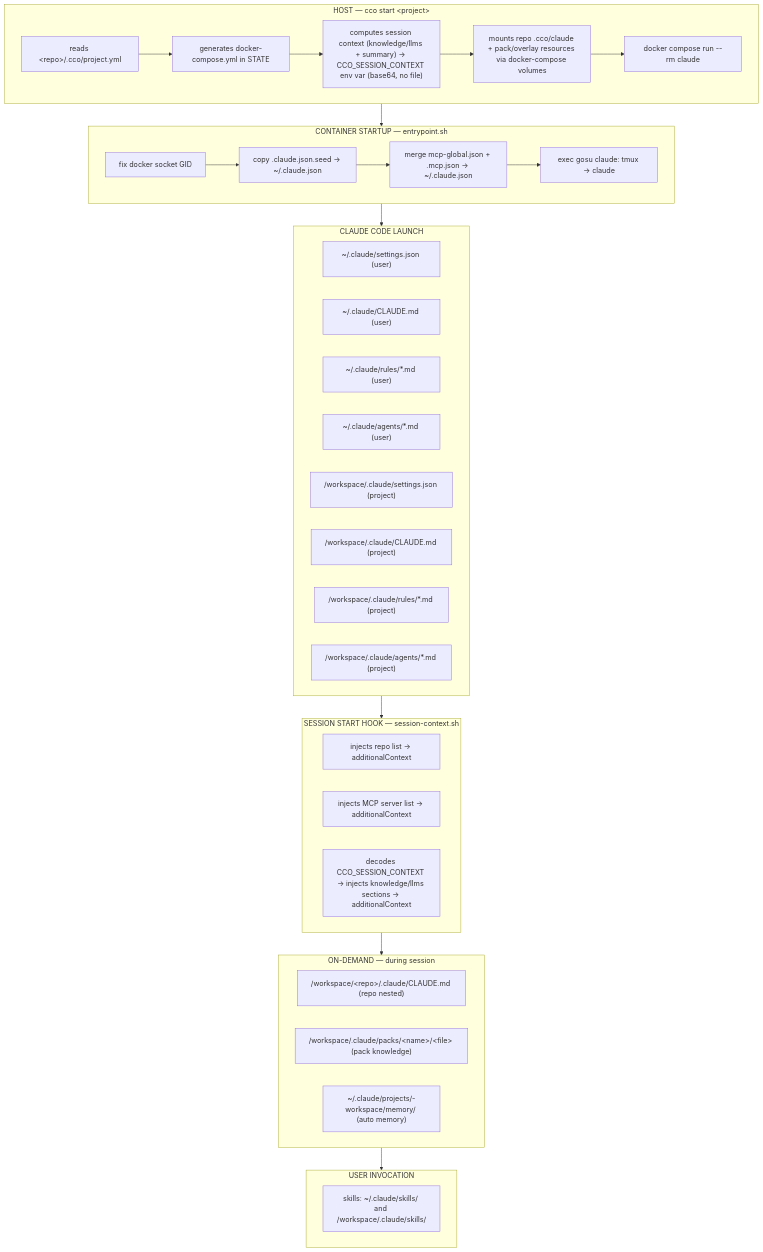
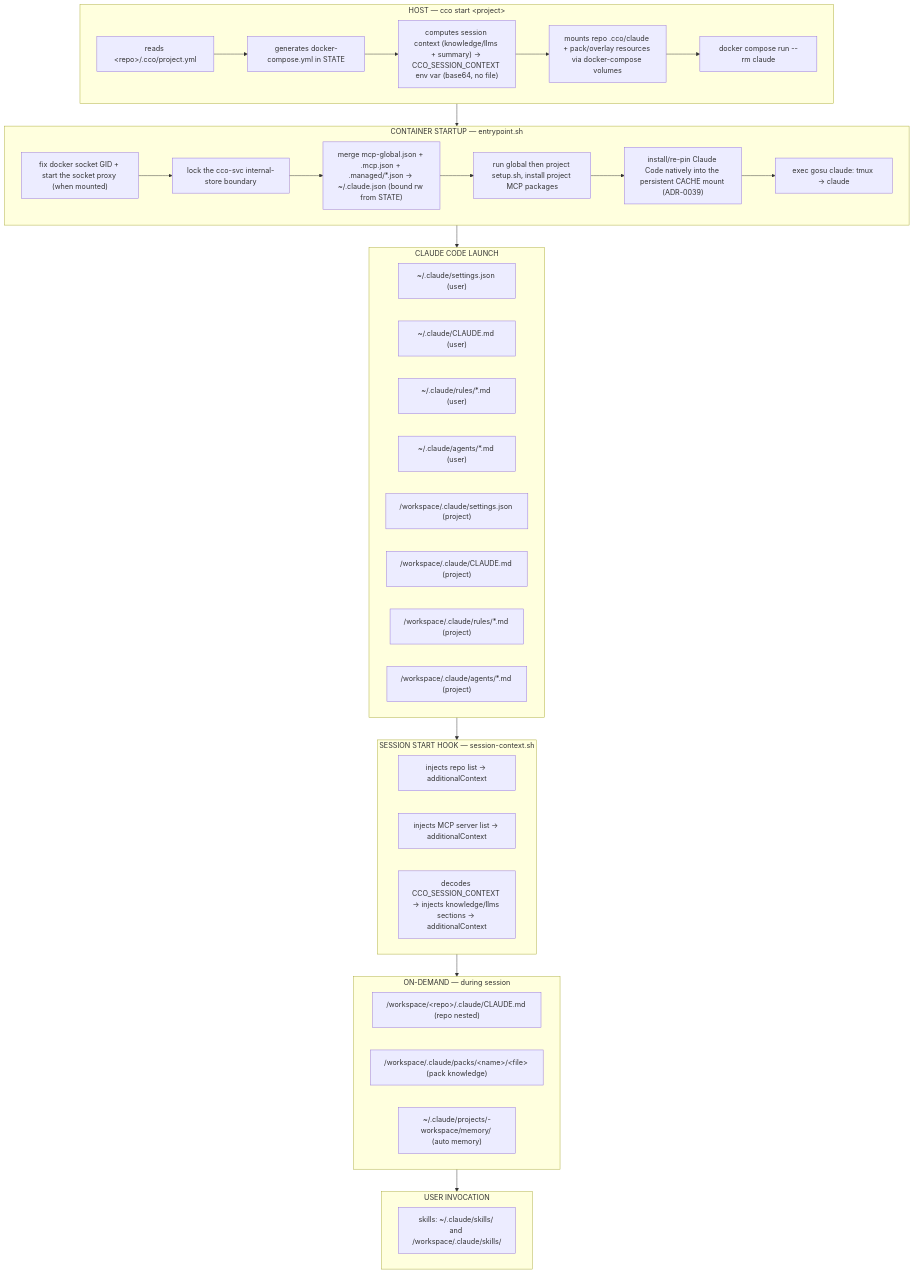
The diagram in docs/users/foundation/reference/context-hierarchy.md (alergyonthestage/claude-orchestrator), drawn with Mermaid before and after one commit. The commit also changed other lines of this file and 7 other files, not shown here.

````diff
--- a/docs/users/foundation/reference/context-hierarchy.md
+++ b/docs/users/foundation/reference/context-hierarchy.md
@@ -744,48 +672,50 @@
 ```mermaid
 graph TD
     subgraph HOST ["HOST — cco start &lt;project&gt;"]
         H1["reads &lt;repo&gt;/.cco/project.yml"]
         H2["generates docker-compose.yml in STATE"]
         H3["computes session context (knowledge/llms + summary) → CCO_SESSION_CONTEXT env var (base64, no file)"]
         H5[mounts repo .cco/claude + pack/overlay resources via docker-compose volumes]
         H6[docker compose run --rm claude]
         H1 --> H2 --> H3 --> H5 --> H6
     end
 
     subgraph ENTRY ["CONTAINER STARTUP — entrypoint.sh"]
-        E1[fix docker socket GID]
-        E2[copy .claude.json.seed → ~/.claude.json]
-        E3[merge mcp-global.json + .mcp.json → ~/.claude.json]
-        E4[exec gosu claude: tmux → claude]
-        E1 --> E2 --> E3 --> E4
+        E1["fix docker socket GID + start the socket proxy (when mounted)"]
+        E2["lock the cco-svc internal-store boundary"]
+        E3["merge mcp-global.json + .mcp.json + .managed/*.json → ~/.claude.json (bound rw from STATE)"]
+        E4["run global then project setup.sh, install project MCP packages"]
+        E5["install/re-pin Claude Code natively into the persistent CACHE mount (ADR-0039)"]
+        E6["exec gosu claude: tmux → claude"]
+        E1 --> E2 --> E3 --> E4 --> E5 --> E6
     end
 
     subgraph LAUNCH ["CLAUDE CODE LAUNCH"]
         L1["~/.claude/settings.json (user)"]
         L2["~/.claude/CLAUDE.md (user)"]
         L3["~/.claude/rules/*.md (user)"]
         L4["~/.claude/agents/*.md (user)"]
         L5["/workspace/.claude/settings.json (project)"]
         L6["/workspace/.claude/CLAUDE.md (project)"]
         L7["/workspace/.claude/rules/*.md (project)"]
         L8["/workspace/.claude/agents/*.md (project)"]
     end
 
     subgraph HOOK ["SESSION START HOOK — session-context.sh"]
         K1[injects repo list → additionalContext]
         K2[injects MCP server list → additionalContext]
         K3[decodes CCO_SESSION_CONTEXT → injects knowledge/llms sections → additionalContext]
     end
 
     subgraph DEMAND ["ON-DEMAND — during session"]
         D1["/workspace/&lt;repo&gt;/.claude/CLAUDE.md (repo nested)"]
         D2["/workspace/.claude/packs/&lt;name&gt;/&lt;file&gt; (pack knowledge)"]
         D3["~/.claude/projects/-workspace/memory/ (auto memory)"]
     end
 
     subgraph USER ["USER INVOCATION"]
         U1["skills: ~/.claude/skills/ and /workspace/.claude/skills/"]
     end
 
     HOST --> ENTRY --> LAUNCH --> HOOK --> DEMAND --> USER
 ```
````
